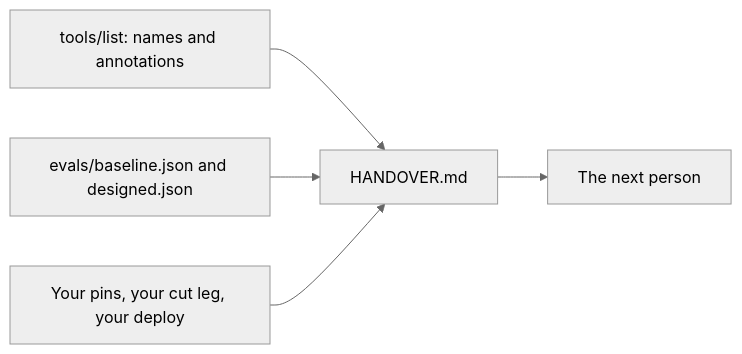
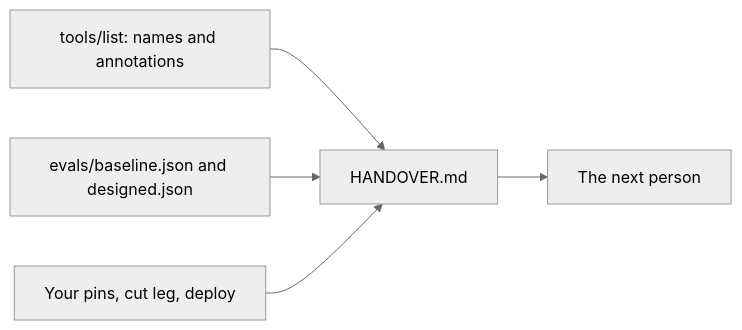
The diagram in parts/04-defend-and-ship/06-write-the-handover/problem/README.md (learnwithparam/mcp-workshop), drawn with Mermaid (neutral theme) before and after one commit. The commit also changed other lines of this file, not shown here.

````diff
--- a/parts/04-defend-and-ship/06-write-the-handover/problem/README.md
+++ b/parts/04-defend-and-ship/06-write-the-handover/problem/README.md
@@ -15,7 +7,7 @@
 ```mermaid
 flowchart LR
   T[tools/list: names and annotations] --> H[HANDOVER.md]
   E[evals/baseline.json and designed.json] --> H
-  P[Your pins, your cut leg, your deploy] --> H
+  P[Your pins, cut leg, deploy] --> H
   H --> N[The next person]
 ```
````
